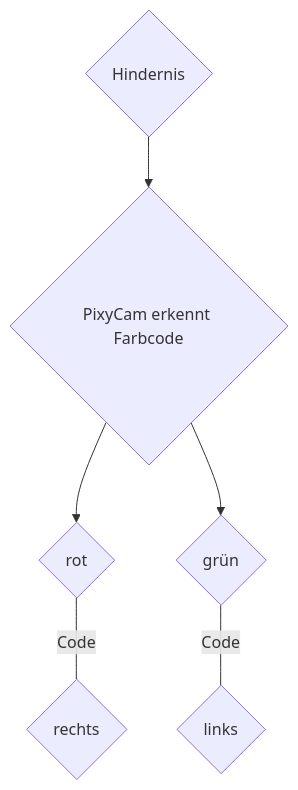
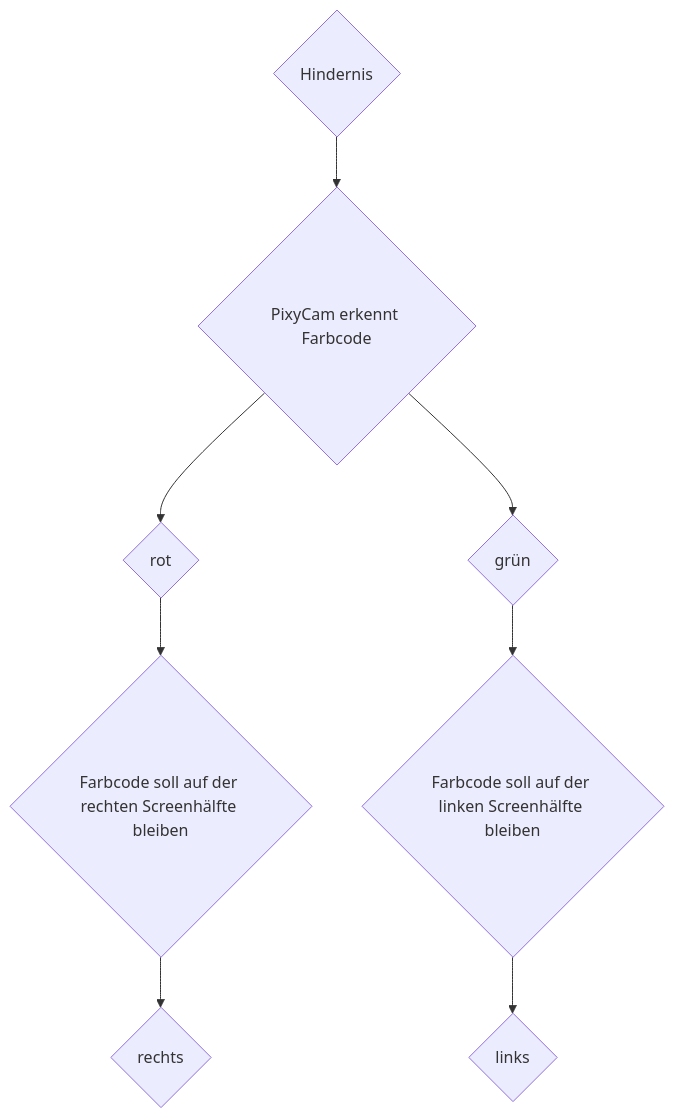
One commit to SchroedingersBit/PfortGTPanama changed the diagram in Programme/Hindernisrennen/README.md. Above: the diagram before and after it, drawn with Mermaid.

````diff
--- a/Programme/Hindernisrennen/README.md
+++ b/Programme/Hindernisrennen/README.md
@@ -4,6 +4,6 @@
 ```mermaid
 graph TB;
 A{Hindernis} -->B{PixyCam erkennt Farbcode};
-B-->C{rot}--Code---D{rechts};
-B-->E{grün}--Code---F{links};
+B-->C{rot}-->Code{Farbcode soll auf der rechten Screenhälfte bleiben}-->D{rechts};
+B-->E{grün}-->Code2{Farbcode soll auf der linken Screenhälfte bleiben}-->F{links};
 ```
````
